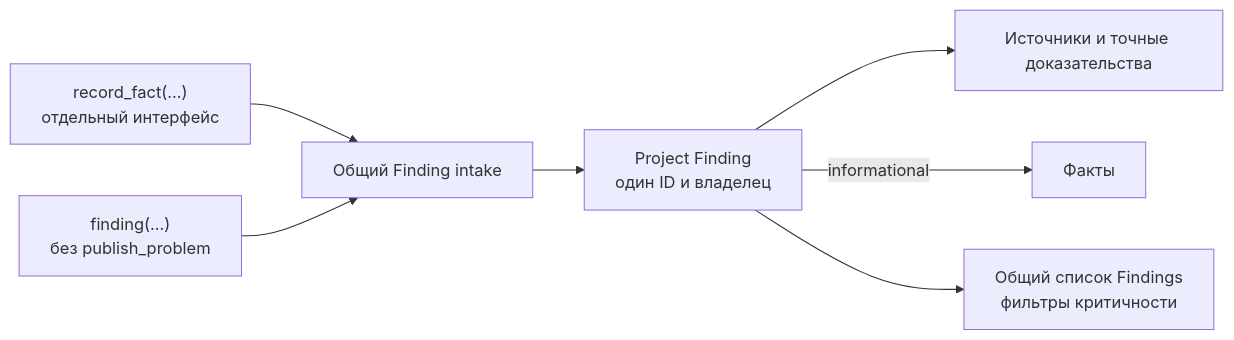
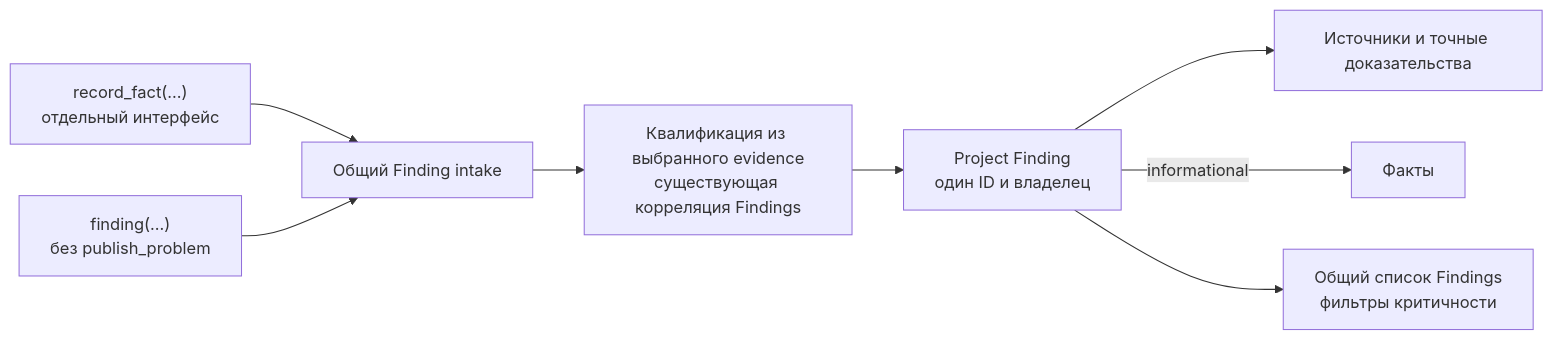
The second of 6 diagrams in docs/proposals/0055-project-facts-through-findings.md (grauwolf32/contractor), drawn with Mermaid before and after one commit. The commit also changed other lines of this file and 5 other files, not shown here.

````diff
--- a/docs/proposals/0055-project-facts-through-findings.md
+++ b/docs/proposals/0055-project-facts-through-findings.md
@@ -82,9 +86,10 @@
 ```mermaid
 flowchart LR
     A["record_fact(...)<br/>отдельный интерфейс"] --> I["Общий Finding intake"]
     B["finding(...)<br/>без publish_problem"] --> I
-    I --> C["Project Finding<br/>один ID и владелец"]
+    I --> K["Квалификация из выбранного evidence<br/>существующая корреляция Findings"]
+    K --> C["Project Finding<br/>один ID и владелец"]
     C --> D["Источники и точные доказательства"]
     C -->|"informational"| F["Факты"]
     C --> G["Общий список Findings<br/>фильтры критичности"]
 ```
````
